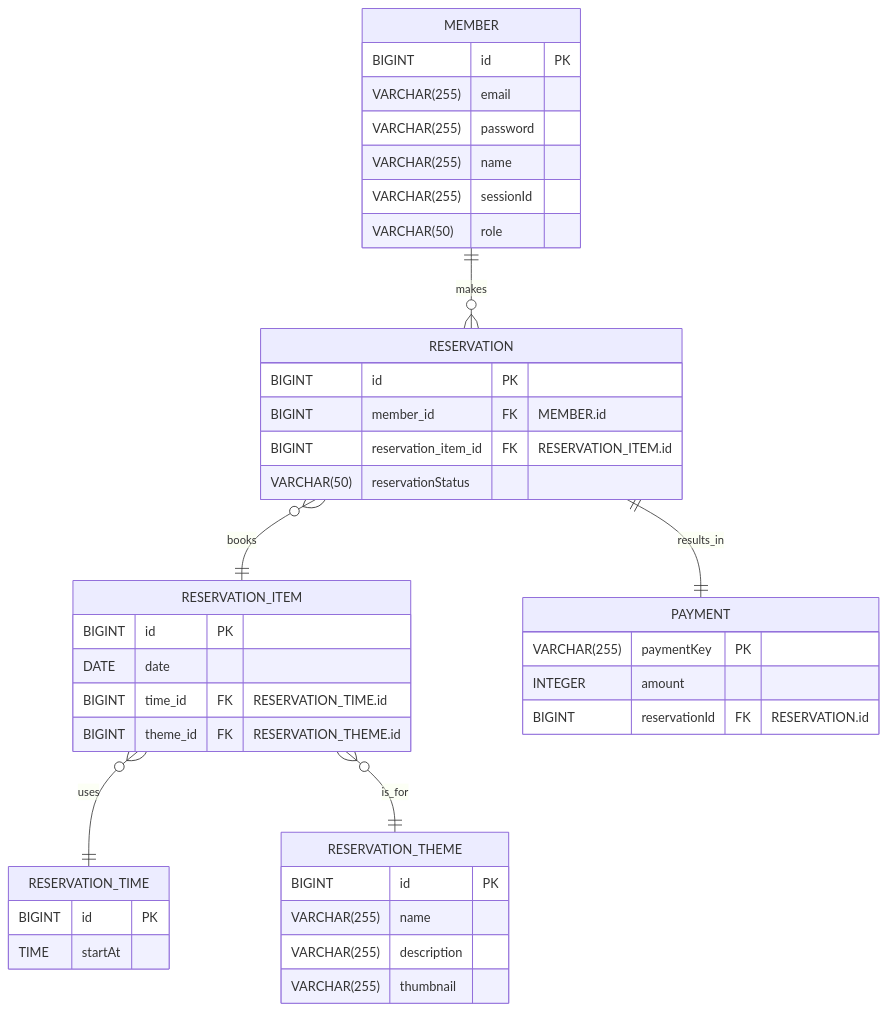
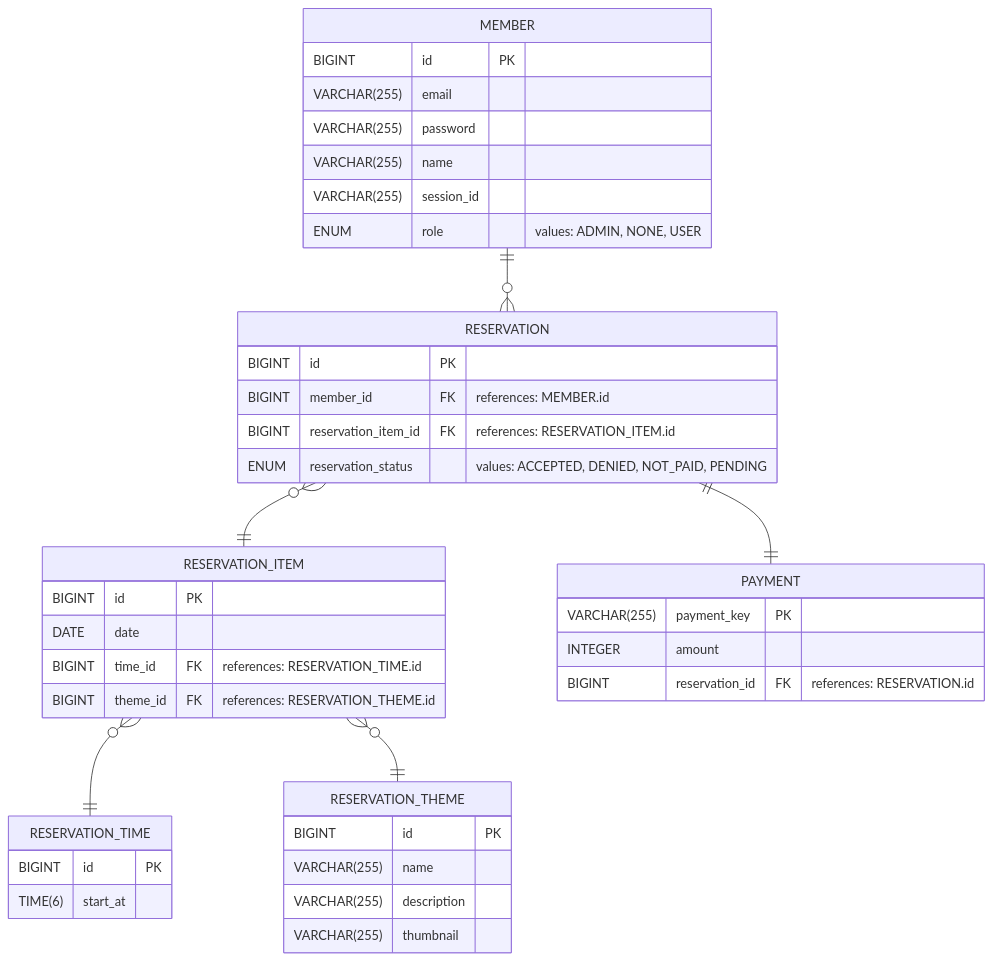
One commit to woowacourse/spring-roomescape-payment changed the diagram in docs/ERD.md. Above: the diagram before and after it, drawn with Mermaid.

Commit message:
docs: ERD의 관계명 제거, ENUM 타입 명시

````diff
--- a/docs/ERD.md
+++ b/docs/ERD.md
@@ -1,49 +1,49 @@
 ```mermaid
 erDiagram
     MEMBER {
         BIGINT id PK
         VARCHAR(255) email
         VARCHAR(255) password
         VARCHAR(255) name
-        VARCHAR(255) sessionId
-        VARCHAR(50) role
+        VARCHAR(255) session_id
+        ENUM role "values: ADMIN, NONE, USER"
     }
 
     RESERVATION {
         BIGINT id PK
-        BIGINT member_id FK "MEMBER.id"
-        BIGINT reservation_item_id FK "RESERVATION_ITEM.id"
-        VARCHAR(50) reservationStatus
+        BIGINT member_id FK "references: MEMBER.id"
+        BIGINT reservation_item_id FK "references: RESERVATION_ITEM.id"
+        ENUM reservation_status "values: ACCEPTED, DENIED, NOT_PAID, PENDING"
     }
 
     RESERVATION_ITEM {
         BIGINT id PK
         DATE date
-        BIGINT time_id FK "RESERVATION_TIME.id"
-        BIGINT theme_id FK "RESERVATION_THEME.id"
+        BIGINT time_id FK "references: RESERVATION_TIME.id"
+        BIGINT theme_id FK "references: RESERVATION_THEME.id"
     }
 
     RESERVATION_THEME {
         BIGINT id PK
         VARCHAR(255) name
         VARCHAR(255) description
         VARCHAR(255) thumbnail
     }
 
     RESERVATION_TIME {
         BIGINT id PK
-        TIME startAt
+        TIME(6) start_at
     }
 
     PAYMENT {
-        VARCHAR(255) paymentKey PK
+        VARCHAR(255) payment_key PK
         INTEGER amount
-        BIGINT reservationId FK "RESERVATION.id"
+        BIGINT reservation_id FK "references: RESERVATION.id"
     }
 
-    MEMBER ||--o{ RESERVATION: "makes"
-    RESERVATION }o--|| RESERVATION_ITEM: "books"
-    RESERVATION_ITEM }o--|| RESERVATION_TIME: "uses"
-    RESERVATION_ITEM }o--|| RESERVATION_THEME: "is_for"
-    RESERVATION ||--|| PAYMENT: "results_in"
+    MEMBER ||--o{ RESERVATION: ""
+    RESERVATION }o--|| RESERVATION_ITEM: ""
+    RESERVATION_ITEM }o--|| RESERVATION_TIME: ""
+    RESERVATION_ITEM }o--|| RESERVATION_THEME: ""
+    RESERVATION ||--|| PAYMENT: ""
 ```
````
